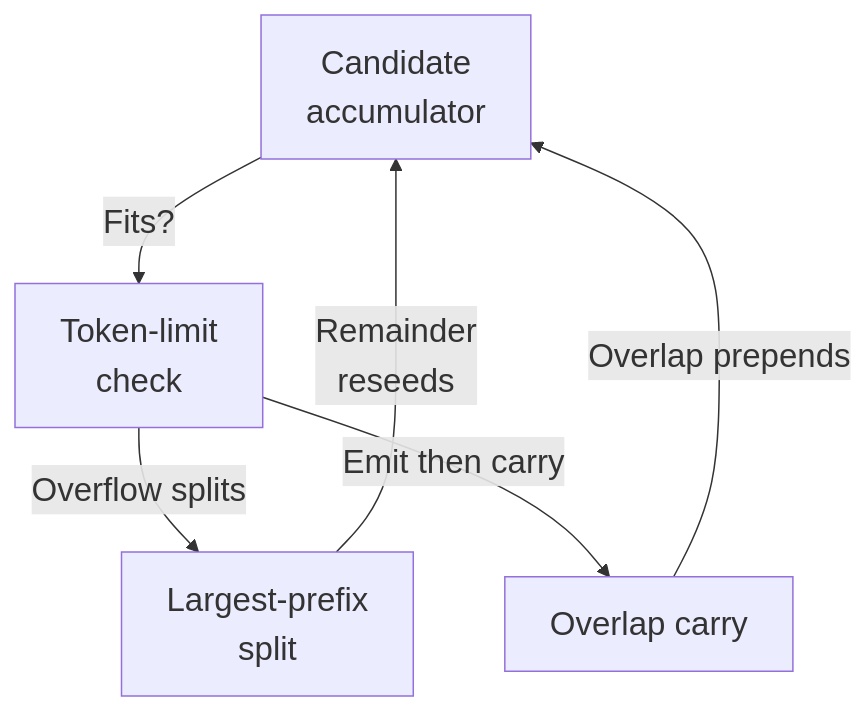
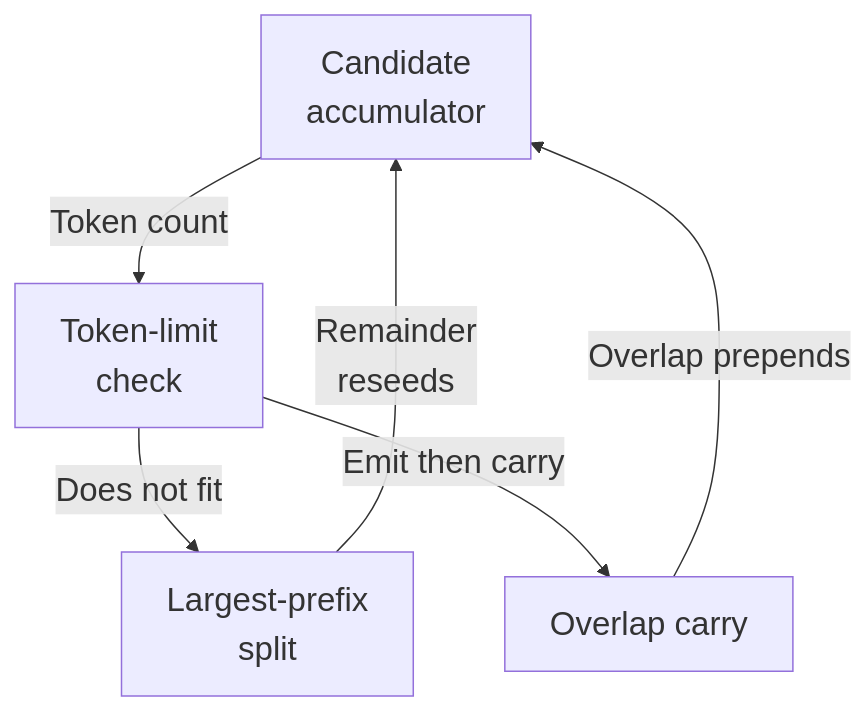
The third of 4 diagrams in maps/ingestion/README.md (Justin-Mendoza/Afterclass), drawn with Mermaid before and after one commit. The commit also changed other lines of this file and 83 other files, not shown here.

````diff
--- a/maps/ingestion/README.md
+++ b/maps/ingestion/README.md
@@ -91,13 +96,13 @@
 ```mermaid
 %%{init: {"themeVariables": {"fontSize": "22px"}}}%%
 flowchart TD
   n0["Candidate<br/>accumulator"]
   n1["Token-limit<br/>check"]
   n2["Largest-prefix<br/>split"]
   n3["Overlap carry"]
-  n0 -->|"Fits?"| n1
-  n1 -->|"Overflow splits"| n2
+  n0 -->|"Token count"| n1
+  n1 -->|"Does not fit"| n2
   n1 -->|"Emit then carry"| n3
   n2 -->|"Remainder<br/>reseeds"| n0
   n3 -->|"Overlap prepends"| n0
 ```
````
